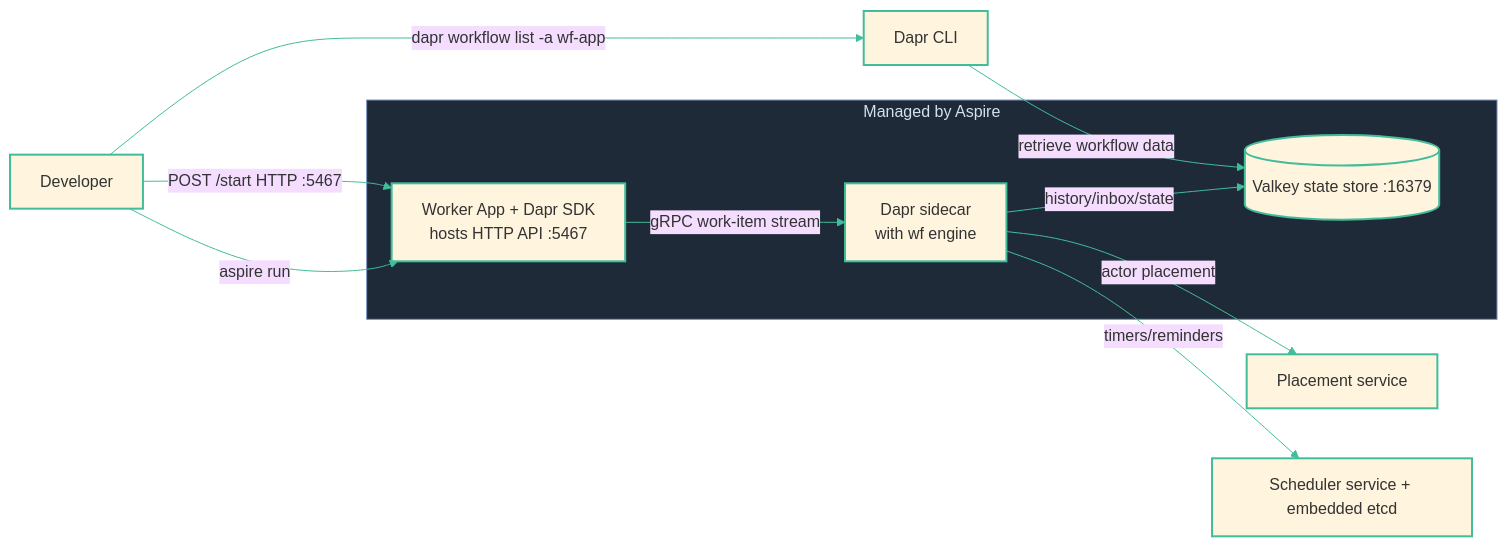
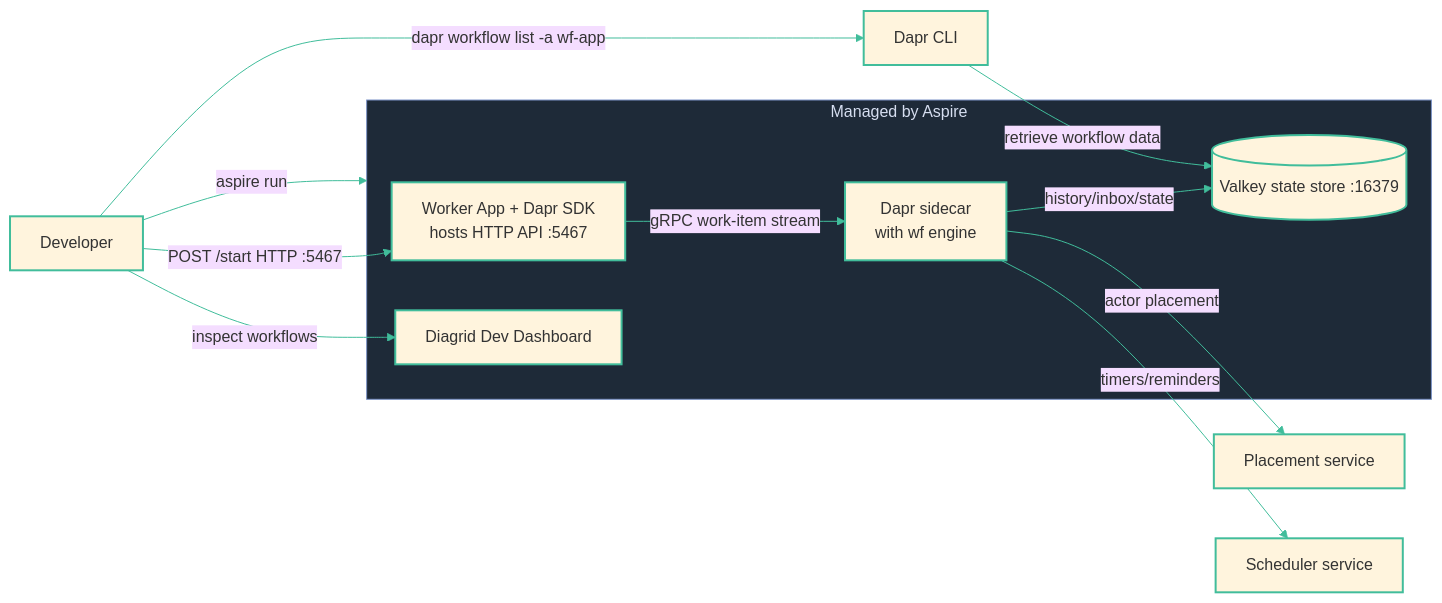
One commit to diagrid-labs/durable-execution-battle changed the diagram in slides/05-demo/05-dapr-diagram.md. Above: the diagram before and after it, drawn with Mermaid (base theme). The commit also changed 1 other file, not shown here.

Commit message:
Clean up

````diff
--- a/slides/05-demo/05-dapr-diagram.md
+++ b/slides/05-demo/05-dapr-diagram.md
@@ -3,18 +3,20 @@
 ```mermaid
 graph LR
-  Dev[Developer] -->|aspire run| App
+  Dev[Developer] -->|aspire run| AspireManaged
   Dev -->|POST /start HTTP :5467| App
   Dev -->|dapr workflow list -a wf-app| CLI[Dapr CLI]
+  Dev -->|inspect workflows| Dashboard
   subgraph AspireManaged[Managed by Aspire]
     App[Worker App + Dapr SDK
      hosts HTTP API :5467] -->|gRPC work-item stream| Sidecar[Dapr sidecar
      with wf engine]
     Sidecar -->|history/inbox/state| Store[(Valkey state store :16379)]
+    Dashboard[Diagrid Dev Dashboard]
   end
   Sidecar -->|actor placement| Placement[Placement service]
-  Sidecar -->|timers/reminders| Scheduler[Scheduler service + embedded etcd]
+  Sidecar -->|timers/reminders| Scheduler[Scheduler service]
   CLI -->|retrieve workflow data| Store
   classDef default stroke:#41bd9b,stroke-width:2px
   linkStyle default stroke:#41bd9b,stroke-width:1px
   style AspireManaged fill:#1e2a38,stroke:#7c93c7,stroke-width:1px,color:#d6def0
 ```
````
